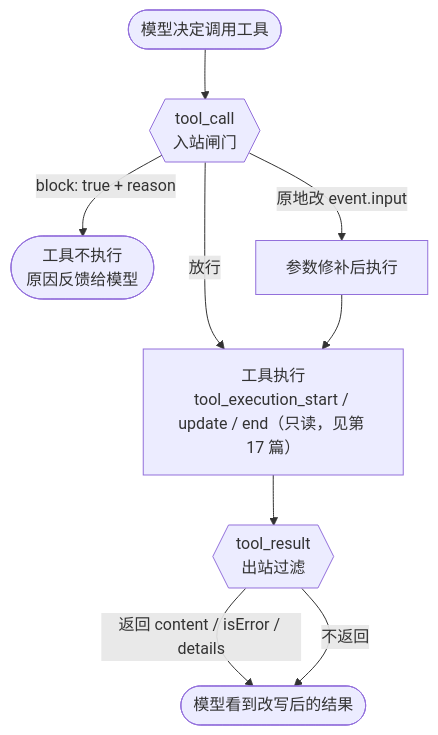
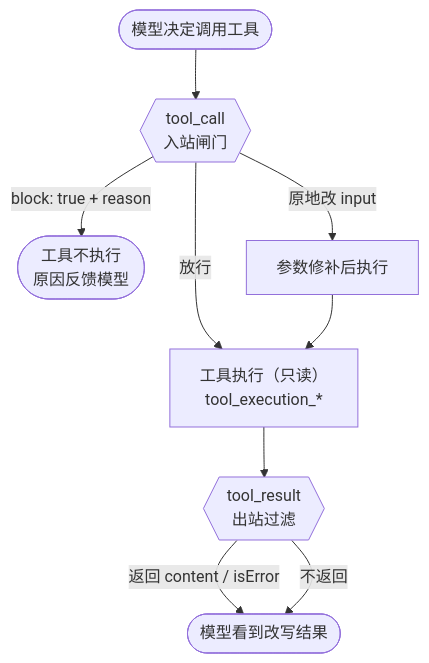
The diagram in docs/posts/pi-agent/21-hellopi-tool-intercept.md (kunge2013/kunge2013.github.io), drawn with Mermaid before and after one commit. The commit also changed 9 other files, not shown here.

First line of the commit message:
fix: 修复 mermaid 流程图中文标签溢出裁切

````diff
--- a/docs/posts/pi-agent/21-hellopi-tool-intercept.md
+++ b/docs/posts/pi-agent/21-hellopi-tool-intercept.md
@@ -17,11 +17,11 @@
 ```mermaid
 flowchart TD
     D(["模型决定调用工具"]) --> TC{{"tool_call<br/>入站闸门"}}
-    TC -->|"block: true + reason"| X(["工具不执行<br/>原因反馈给模型"])
-    TC -->|"原地改 event.input"| P["参数修补后执行"]
-    TC -->|"放行"| EX["工具执行<br/>tool_execution_start / update / end（只读，见第 17 篇）"]
+    TC -->|"block: true + reason"| X(["工具不执行<br/>原因反馈模型"])
+    TC -->|"原地改 input"| P["参数修补后执行"]
+    TC -->|"放行"| EX["工具执行（只读）<br/>tool_execution_*"]
     P --> EX
     EX --> TR{{"tool_result<br/>出站过滤"}}
-    TR -->|"返回 content / isError / details"| R(["模型看到改写后的结果"])
+    TR -->|"返回 content / isError"| R(["模型看到改写结果"])
     TR -->|"不返回"| R
 ```
````
